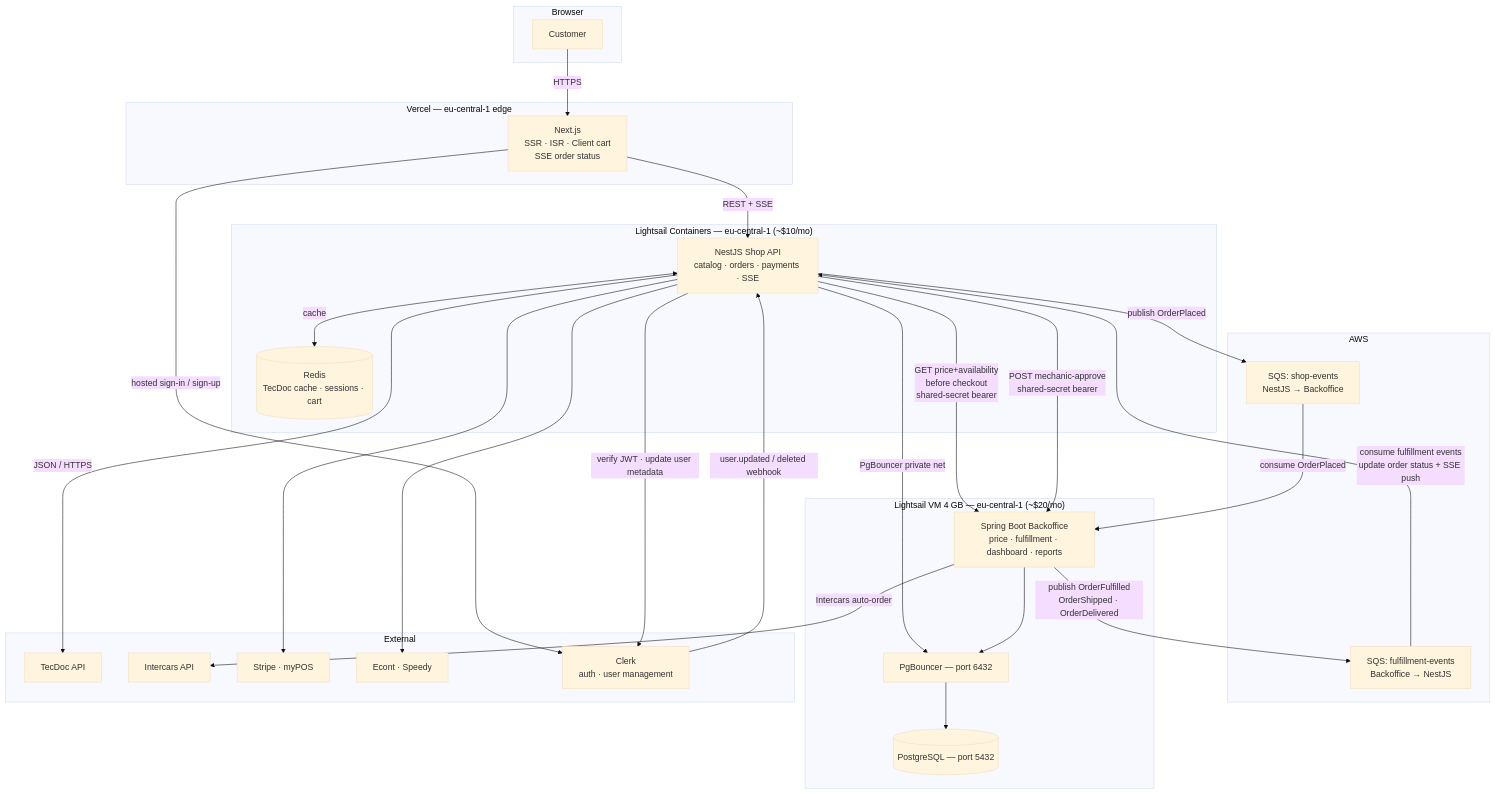
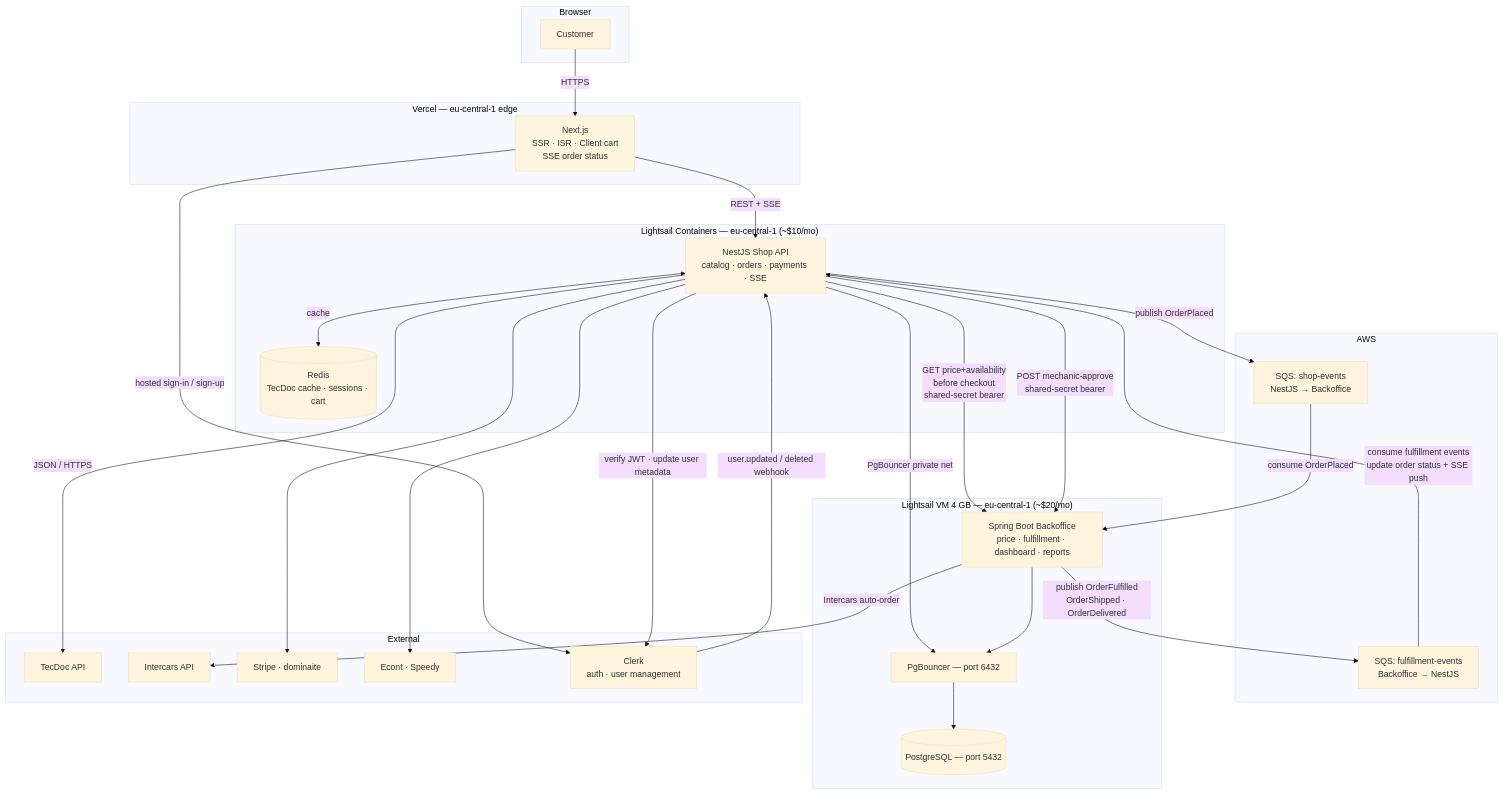
Before and after one commit to Pavlin619/vp-parts: the diagram in docs/ARCHITECTURE.md, drawn with Mermaid (base theme). The commit also changed other lines of this file and 29 other files, not shown here.

````diff
--- a/docs/ARCHITECTURE.md
+++ b/docs/ARCHITECTURE.md
@@ -11,54 +11,54 @@
 ```mermaid
 graph TB
     subgraph Browser
         U[Customer]
     end
 
     subgraph Vercel ["Vercel — eu-central-1 edge"]
         WEB["Next.js\nSSR · ISR · Client cart\nSSE order status"]
     end
 
     subgraph LC ["Lightsail Containers — eu-central-1 (~$10/mo)"]
         API["NestJS Shop API\ncatalog · orders · payments · SSE"]
         REDIS[(Redis\nTecDoc cache · sessions · cart)]
     end
 
     subgraph AWS
         SQS1["SQS: shop-events\nNestJS → Backoffice"]
         SQS2["SQS: fulfillment-events\nBackoffice → NestJS"]
     end
 
     subgraph VM ["Lightsail VM 4 GB — eu-central-1 (~$20/mo)"]
         SPRING["Spring Boot Backoffice\nprice · fulfillment · dashboard · reports"]
         PGBOUNCER["PgBouncer — port 6432"]
         PG[(PostgreSQL — port 5432)]
     end
 
     subgraph External
         TECDOC[TecDoc API]
         INTERCARS[Intercars API]
-        PAY["Stripe · myPOS"]
+        PAY["Stripe · dominaite"]
         SHIP["Econt · Speedy"]
         CLERK["Clerk\nauth · user management"]
     end
 
     U -->|HTTPS| WEB
     WEB -->|REST + SSE| API
     API <-->|cache| REDIS
     API -->|PgBouncer private net| PGBOUNCER
     API -->|GET price+availability\nbefore checkout\nshared-secret bearer| SPRING
     API -->|POST mechanic-approve\nshared-secret bearer| SPRING
     API -->|publish OrderPlaced| SQS1
     SQS1 -->|consume OrderPlaced| SPRING
     SPRING -->|publish OrderFulfilled\nOrderShipped · OrderDelivered| SQS2
     SQS2 -->|consume fulfillment events\nupdate order status + SSE push| API
     SPRING -->|Intercars auto-order| INTERCARS
     SPRING --> PGBOUNCER
     PGBOUNCER --> PG
     WEB -->|hosted sign-in / sign-up| CLERK
     API -->|verify JWT · update user metadata| CLERK
     CLERK -->|user.updated / deleted webhook| API
     API -->|JSON / HTTPS| TECDOC
     API --> PAY
     API --> SHIP
 ```
````
